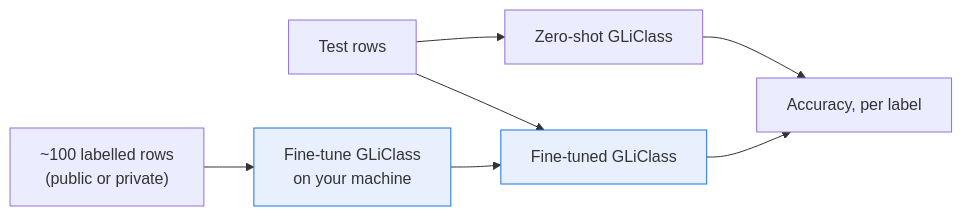
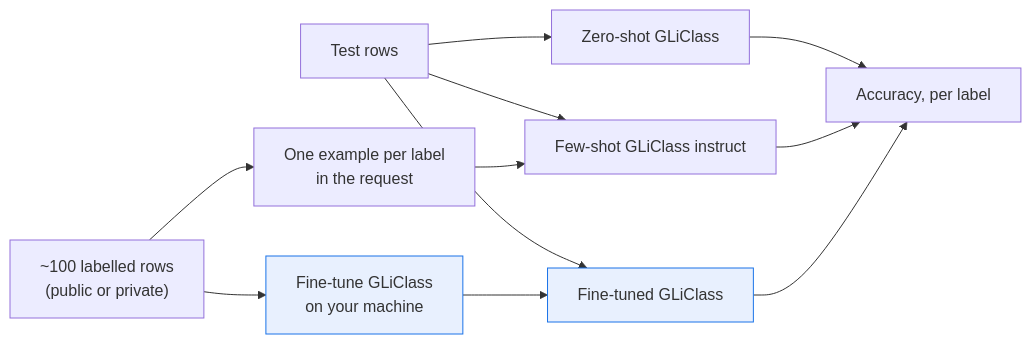
The diagram in fine_tuning/fine_tune_a_decision_model/README.md (superlinked/cookbook), drawn with Mermaid before and after one commit. The commit also changed other lines of this file and 6 other files, not shown here.

First line of the commit message:
feat(fine_tuning): compare few-shot with zero-shot and fine-tuning

````diff
--- a/fine_tuning/fine_tune_a_decision_model/README.md
+++ b/fine_tuning/fine_tune_a_decision_model/README.md
@@ -59,11 +66,15 @@
 ```mermaid
 flowchart LR
     A["~100 labelled rows<br/>(public or private)"] --> B["Fine-tune GLiClass<br/>on your machine"]
+    A --> G["One example per label<br/>in the request"]
     C["Test rows"] --> D["Zero-shot GLiClass"]
+    C --> G2["Few-shot GLiClass instruct"]
+    G --> G2
     C --> E["Fine-tuned GLiClass"]
     B --> E
     D --> F["Accuracy, per label"]
+    G2 --> F
     E --> F
     classDef recipe fill:#e8f0fe,stroke:#1a73e8
     class B,E recipe;
 ```
````
